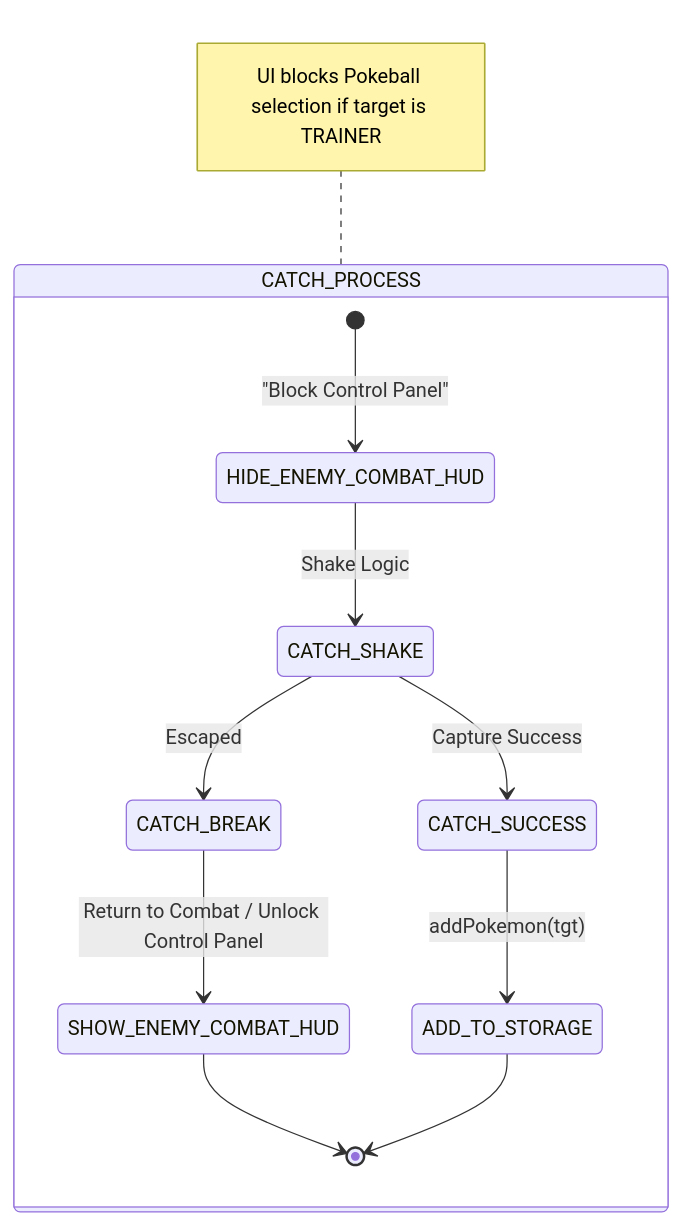
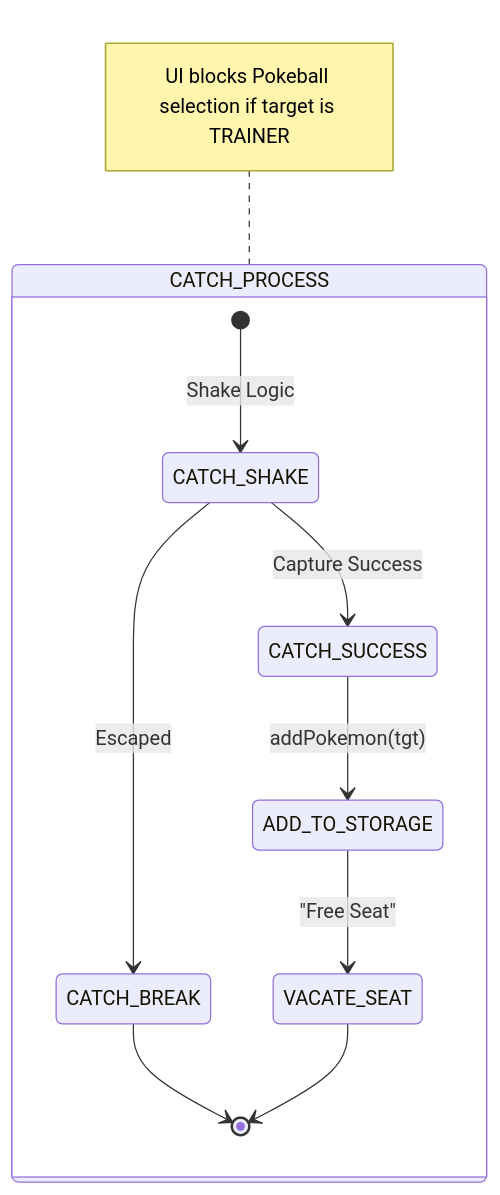
Before and after one commit to Darkham77/PokeBorrador: the sixth of 18 diagrams in .agents/skills/project-standards/references/battle/battle_mechanics_manual.md, drawn with Mermaid. The commit also changed other lines of this file and 30 other files, not shown here.

````diff
--- a/.agents/skills/project-standards/references/battle/battle_mechanics_manual.md
+++ b/.agents/skills/project-standards/references/battle/battle_mechanics_manual.md
@@ -519,14 +510,13 @@
 ```mermaid
 stateDiagram-v2
     state CATCH_PROCESS {
-        [*] --> HIDE_ENEMY_COMBAT_HUD : "Block Control Panel"
-        HIDE_ENEMY_COMBAT_HUD --> CATCH_SHAKE : Shake Logic
+        [*] --> CATCH_SHAKE : Shake Logic
         CATCH_SHAKE --> CATCH_BREAK : Escaped
         CATCH_SHAKE --> CATCH_SUCCESS : Capture Success
         CATCH_SUCCESS --> ADD_TO_STORAGE : addPokemon(tgt)
-        CATCH_BREAK --> SHOW_ENEMY_COMBAT_HUD : Return to Combat / Unlock Control Panel
-        SHOW_ENEMY_COMBAT_HUD --> [*]
-        ADD_TO_STORAGE --> [*]
+        ADD_TO_STORAGE --> VACATE_SEAT : "Free Seat"
+        CATCH_BREAK --> [*]
+        VACATE_SEAT --> [*]
     }
     note left of CATCH_PROCESS: UI blocks Pokeball selection if target is TRAINER
 ```
````
